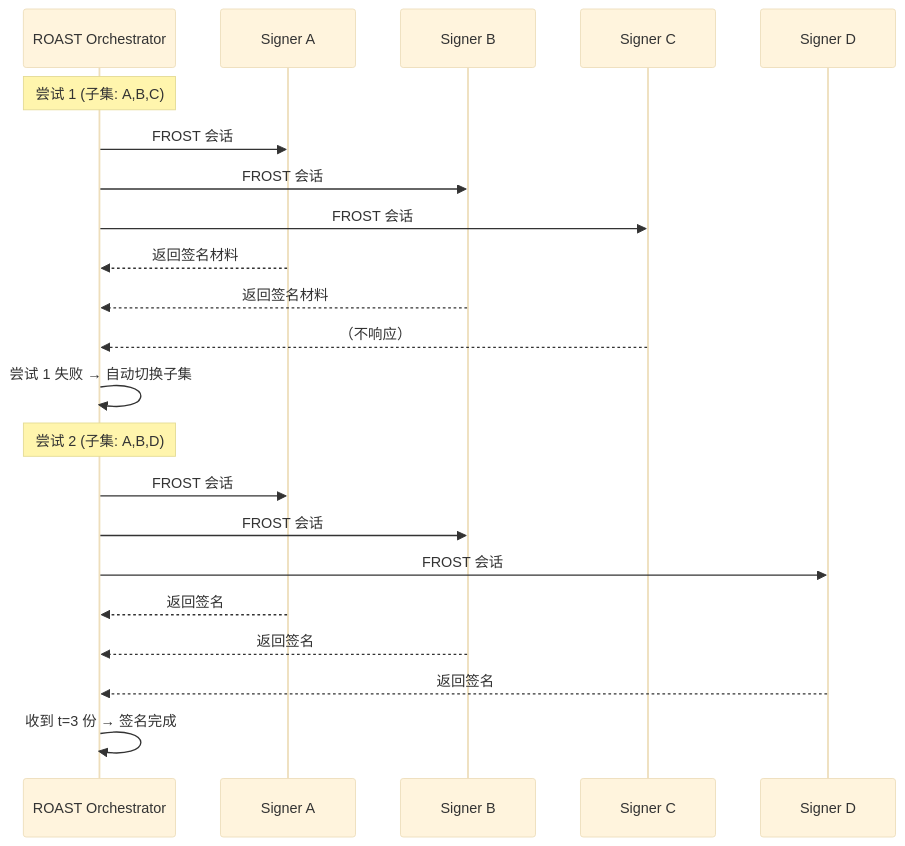
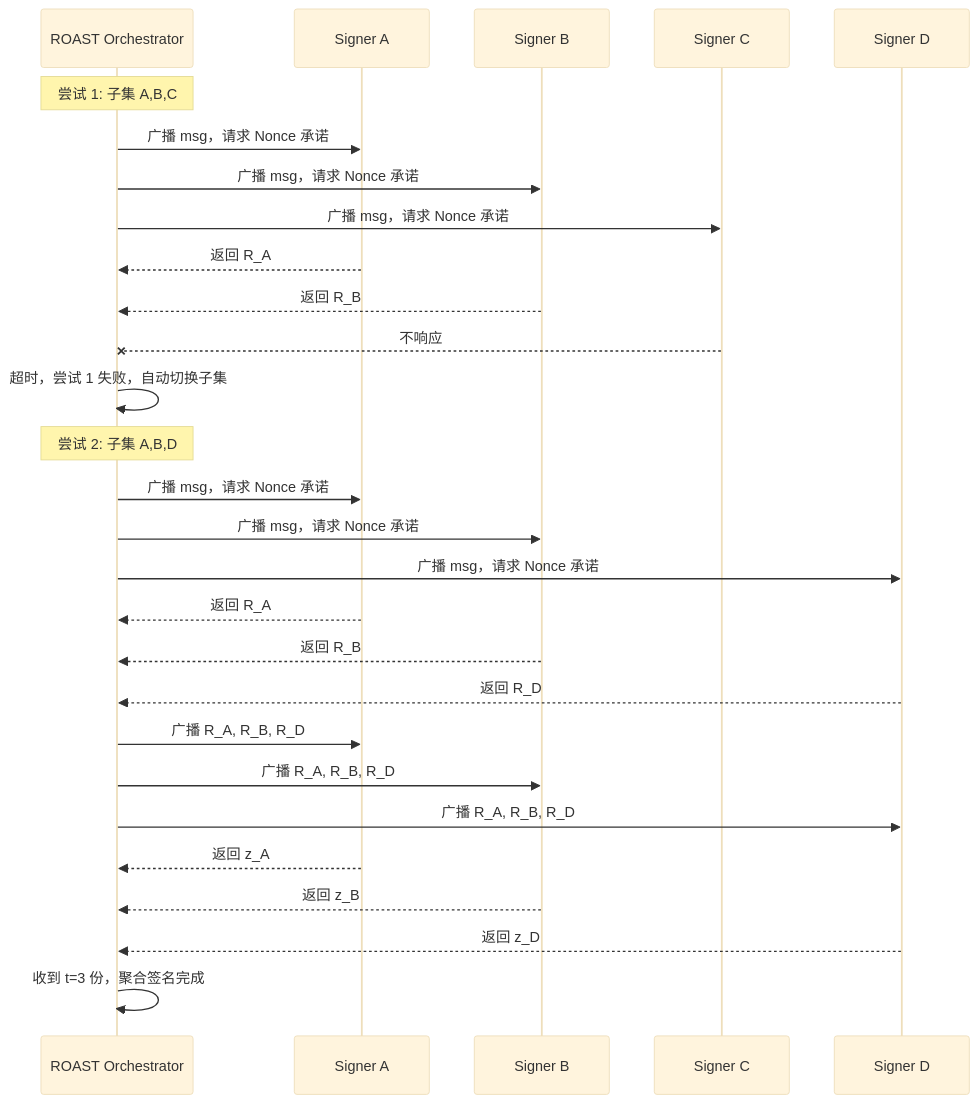
One commit to davidLeeeeeeeeeeee/dex changed the fifth of 7 diagrams in frost/different.md. Above: the diagram before and after it, drawn with Mermaid (base theme). The commit also changed other lines of this file, not shown here.

````diff
--- a/frost/different.md
+++ b/frost/different.md
@@ -101,32 +140,40 @@
 ```mermaid
 sequenceDiagram
     participant R as ROAST Orchestrator
     participant A as Signer A
     participant B as Signer B
     participant C as Signer C
     participant D as Signer D
 
-    Note over R: 尝试 1 (子集: A,B,C)
+    Note over R: 尝试 1: 子集 A,B,C
 
-    R->>A: FROST 会话 #1
-    R->>B: FROST 会话 #1
-    R->>C: FROST 会话 #1
+    R->>A: 广播 msg，请求 Nonce 承诺
+    R->>B: 广播 msg，请求 Nonce 承诺
+    R->>C: 广播 msg，请求 Nonce 承诺
 
-    A-->>R: 返回签名材料
-    B-->>R: 返回签名材料
-    C-->>R: （不响应）
+    A-->>R: 返回 R_A
+    B-->>R: 返回 R_B
+    C--xR: 不响应
 
-    R->>R: 尝试 1 失败 → 自动切换子集
+    R->>R: 超时，尝试 1 失败，自动切换子集
 
-    Note over R: 尝试 2 (子集: A,B,D)
+    Note over R: 尝试 2: 子集 A,B,D
 
-    R->>A: FROST 会话 #2
-    R->>B: FROST 会话 #2
-    R->>D: FROST 会话 #2
+    R->>A: 广播 msg，请求 Nonce 承诺
+    R->>B: 广播 msg，请求 Nonce 承诺
+    R->>D: 广播 msg，请求 Nonce 承诺
 
-    A-->>R: 返回签名
-    B-->>R: 返回签名
-    D-->>R: 返回签名
+    A-->>R: 返回 R_A
+    B-->>R: 返回 R_B
+    D-->>R: 返回 R_D
 
-    R->>R: 收到 t=3 份 → 签名完成
+    R->>A: 广播 R_A, R_B, R_D
+    R->>B: 广播 R_A, R_B, R_D
+    R->>D: 广播 R_A, R_B, R_D
+
+    A-->>R: 返回 z_A
+    B-->>R: 返回 z_B
+    D-->>R: 返回 z_D
+
+    R->>R: 收到 t=3 份，聚合签名完成
 ```
````
